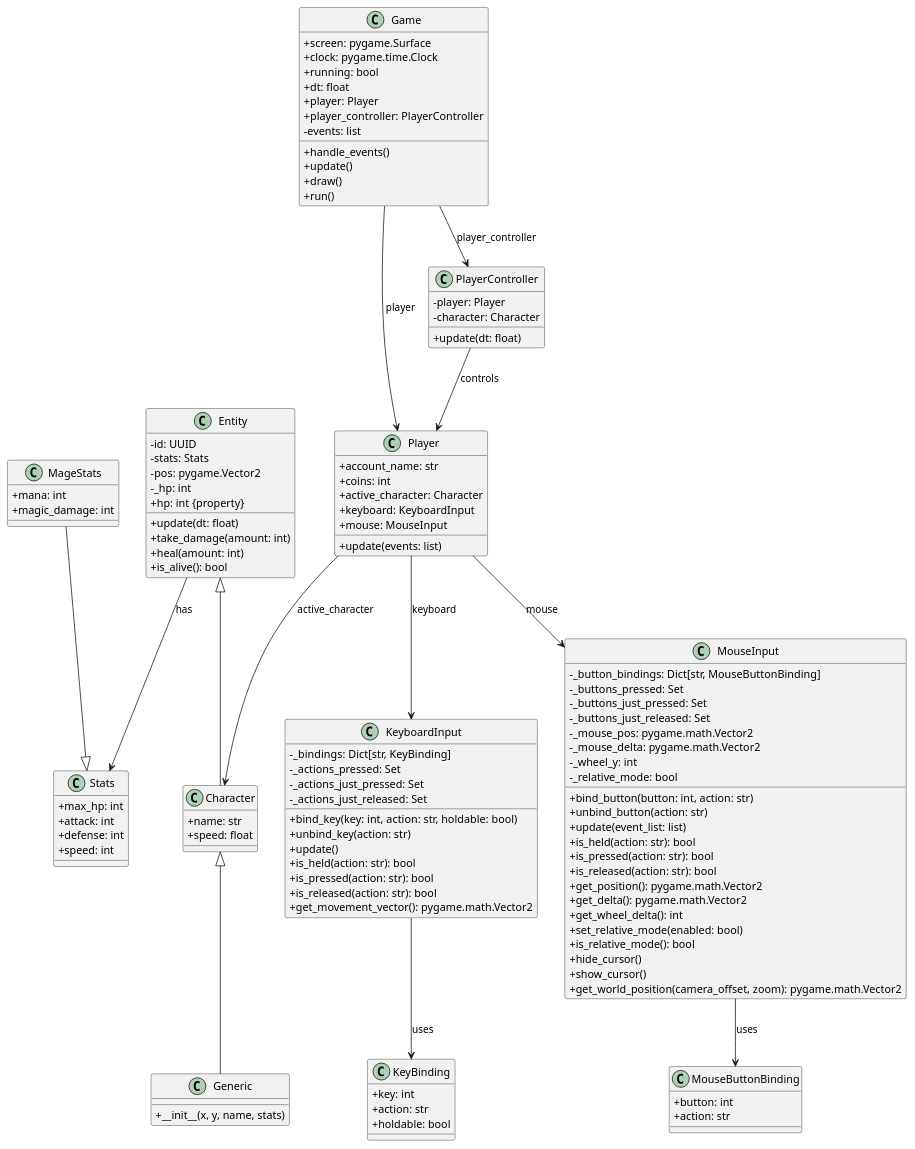
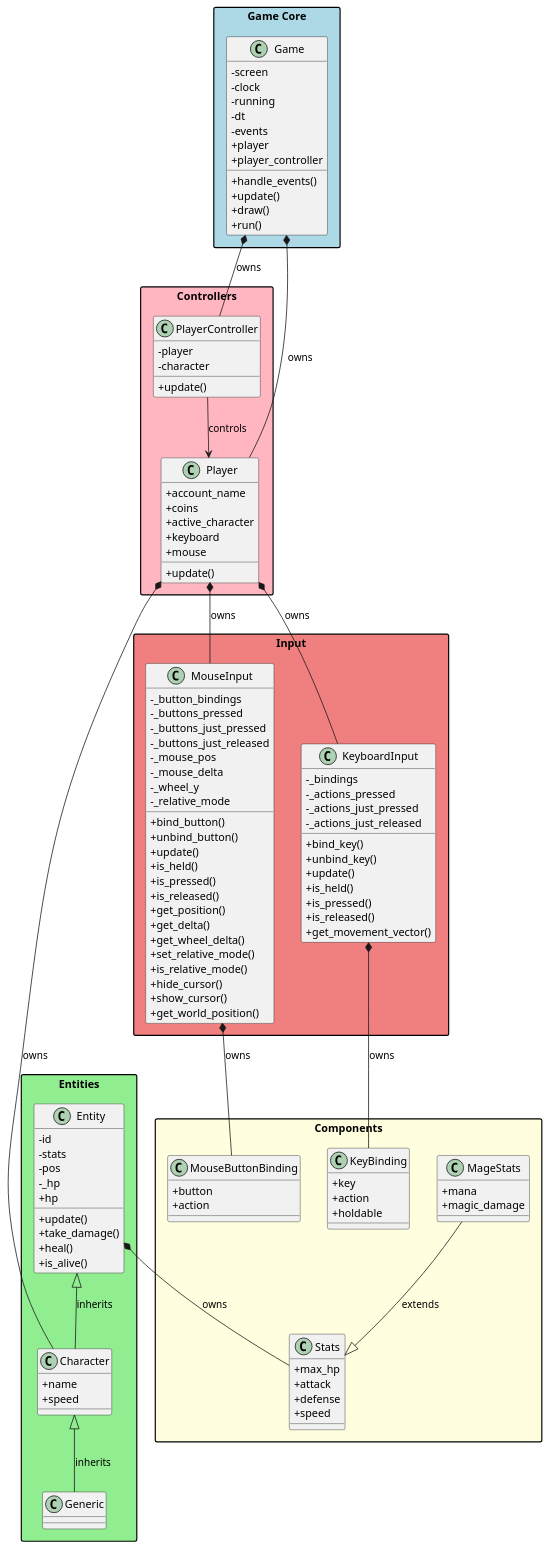
Before and after one commit to aaronmfs/fragment-of-society: the diagram in docs/UMLClass/class-diagram.puml, drawn with PlantUML. The commit also changed 2 other files, not shown here.

```diff
--- a/docs/UMLClass/class-diagram.puml
+++ b/docs/UMLClass/class-diagram.puml
@@ -1,143 +1,141 @@
 @startuml
 skinparam classAttributeIconSize 0
+skinparam packageStyle rectangle
 
-' Data Classes
-class Stats {
-    +max_hp: int
-    +attack: int
-    +defense: int
-    +speed: int
+package "Game Core" #LightBlue {
+    class Game {
+        -screen
+        -clock
+        -running
+        -dt
+        -events
+        +player
+        +player_controller
+        +handle_events()
+        +update()
+        +draw()
+        +run()
+    }
 }
 
-class MageStats {
-    +mana: int
-    +magic_damage: int
+package "Entities" #LightGreen {
+    class Entity {
+        -id
+        -stats
+        -pos
+        -_hp
+        +hp
+        +update()
+        +take_damage()
+        +heal()
+        +is_alive()
+    }
+    
+    class Character {
+        +name
+        +speed
+    }
+    
+    class Generic
 }
 
-class KeyBinding {
-    +key: int
-    +action: str
-    +holdable: bool
+package "Components" #LightYellow {
+    class Stats {
+        +max_hp
+        +attack
+        +defense
+        +speed
+    }
+    
+    class MageStats {
+        +mana
+        +magic_damage
+    }
+    
+    class KeyBinding {
+        +key
+        +action
+        +holdable
+    }
+    
+    class MouseButtonBinding {
+        +button
+        +action
+    }
 }
 
-class MouseButtonBinding {
-    +button: int
-    +action: str
+package "Input" #LightCoral {
+    class KeyboardInput {
+        -_bindings
+        -_actions_pressed
+        -_actions_just_pressed
+        -_actions_just_released
+        +bind_key()
+        +unbind_key()
+        +update()
+        +is_held()
+        +is_pressed()
+        +is_released()
+        +get_movement_vector()
+    }
+    
+    class MouseInput {
+        -_button_bindings
+        -_buttons_pressed
+        -_buttons_just_pressed
+        -_buttons_just_released
+        -_mouse_pos
+        -_mouse_delta
+        -_wheel_y
+        -_relative_mode
+        +bind_button()
+        +unbind_button()
+        +update()
+        +is_held()
+        +is_pressed()
+        +is_released()
+        +get_position()
+        +get_delta()
+        +get_wheel_delta()
+        +set_relative_mode()
+        +is_relative_mode()
+        +hide_cursor()
+        +show_cursor()
+        +get_world_position()
+    }
+}
+
+package "Controllers" #LightPink {
+    class Player {
+        +account_name
+        +coins
+        +active_character
+        +keyboard
+        +mouse
+        +update()
+    }
+    
+    class PlayerController {
+        -player
+        -character
+        +update()
+    }
 }
 
 ' Inheritance
-MageStats --|> Stats
+MageStats --|> Stats : extends
+Entity <|-- Character : inherits
+Character <|-- Generic : inherits
 
-' Entity Class
-class Entity {
-    -id: UUID
-    -stats: Stats
-    -pos: pygame.Vector2
-    -_hp: int
-    +hp: int {property}
-    +update(dt: float)
-    +take_damage(amount: int)
-    +heal(amount: int)
-    +is_alive(): bool
-}
-
-' Character Class
-class Character {
-    +name: str
-    +speed: float
-}
-
-' Generic Class
-class Generic {
-    +__init__(x, y, name, stats)
-}
-
-Entity <|-- Character
-Character <|-- Generic
-
-' Player Class
-class Player {
-    +account_name: str
-    +coins: int
-    +active_character: Character
-    +keyboard: KeyboardInput
-    +mouse: MouseInput
-    +update(events: list)
-}
-
-' PlayerController Class
-class PlayerController {
-    -player: Player
-    -character: Character
-    +update(dt: float)
-}
-
+' Composition
+Game *-- Player : owns
+Game *-- PlayerController : owns
+Player *-- Character : owns
+Player *-- KeyboardInput : owns
+Player *-- MouseInput : owns
 PlayerController --> Player : controls
-
-' KeyboardInput Class
-class KeyboardInput {
-    -_bindings: Dict[str, KeyBinding]
-    -_actions_pressed: Set
-    -_actions_just_pressed: Set
-    -_actions_just_released: Set
-    +bind_key(key: int, action: str, holdable: bool)
-    +unbind_key(action: str)
-    +update()
-    +is_held(action: str): bool
-    +is_pressed(action: str): bool
-    +is_released(action: str): bool
-    +get_movement_vector(): pygame.math.Vector2
-}
-
-' MouseInput Class
-class MouseInput {
-    -_button_bindings: Dict[str, MouseButtonBinding]
-    -_buttons_pressed: Set
-    -_buttons_just_pressed: Set
-    -_buttons_just_released: Set
-    -_mouse_pos: pygame.math.Vector2
-    -_mouse_delta: pygame.math.Vector2
-    -_wheel_y: int
-    -_relative_mode: bool
-    +bind_button(button: int, action: str)
-    +unbind_button(action: str)
-    +update(event_list: list)
-    +is_held(action: str): bool
-    +is_pressed(action: str): bool
-    +is_released(action: str): bool
-    +get_position(): pygame.math.Vector2
-    +get_delta(): pygame.math.Vector2
-    +get_wheel_delta(): int
-    +set_relative_mode(enabled: bool)
-    +is_relative_mode(): bool
-    +hide_cursor()
-    +show_cursor()
-    +get_world_position(camera_offset, zoom): pygame.math.Vector2
-}
-
-' Game Class
-class Game {
-    +screen: pygame.Surface
-    +clock: pygame.time.Clock
-    +running: bool
-    +dt: float
-    +player: Player
-    +player_controller: PlayerController
-    -events: list
-    +handle_events()
-    +update()
-    +draw()
-    +run()
-}
-
-' Relationships
-Entity --> Stats : has
-Player --> Character : active_character
-Player --> KeyboardInput : keyboard
-Player --> MouseInput : mouse
-Game --> Player : player
-Game --> PlayerController : player_controller
-KeyboardInput --> KeyBinding : uses
-MouseInput --> MouseButtonBinding : uses
+Entity *-- Stats : owns
+KeyboardInput *-- KeyBinding : owns
+MouseInput *-- MouseButtonBinding : owns
 
 @enduml
```
